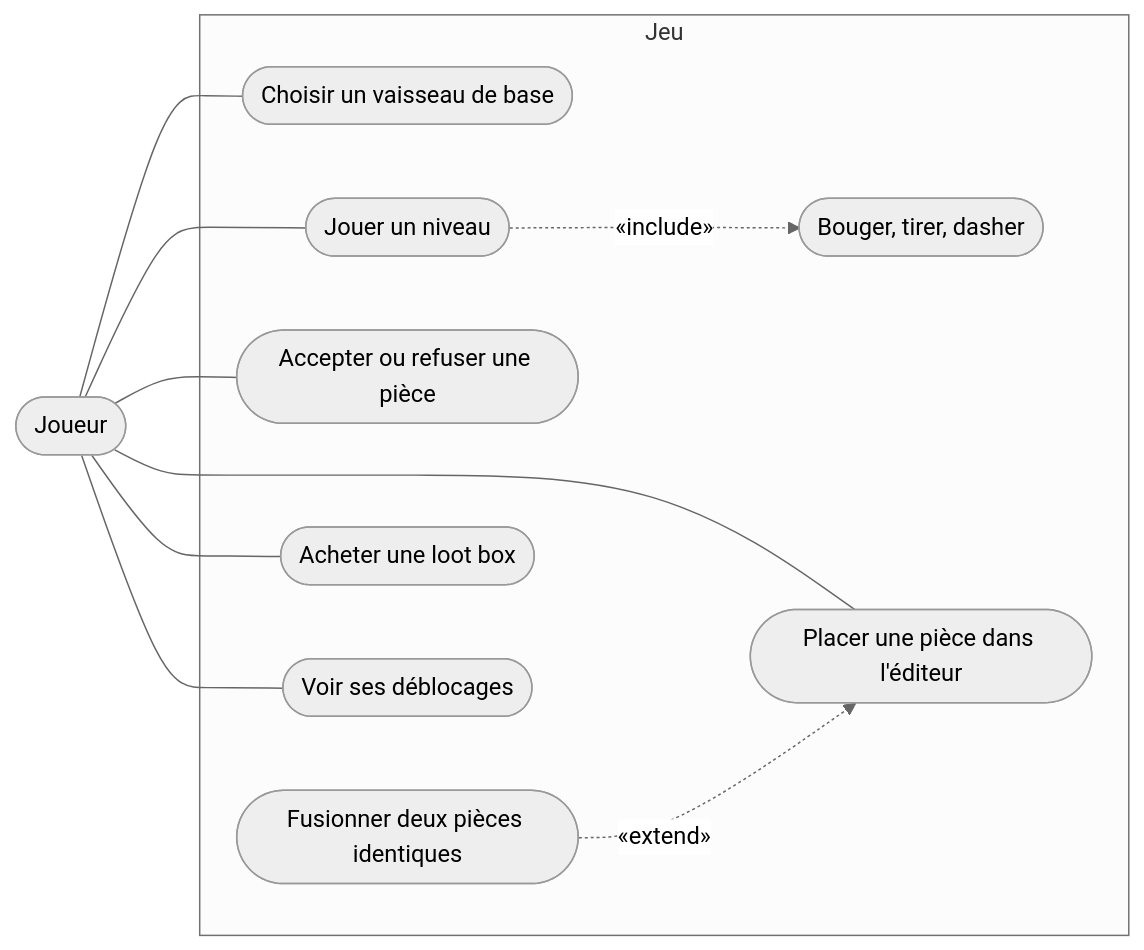
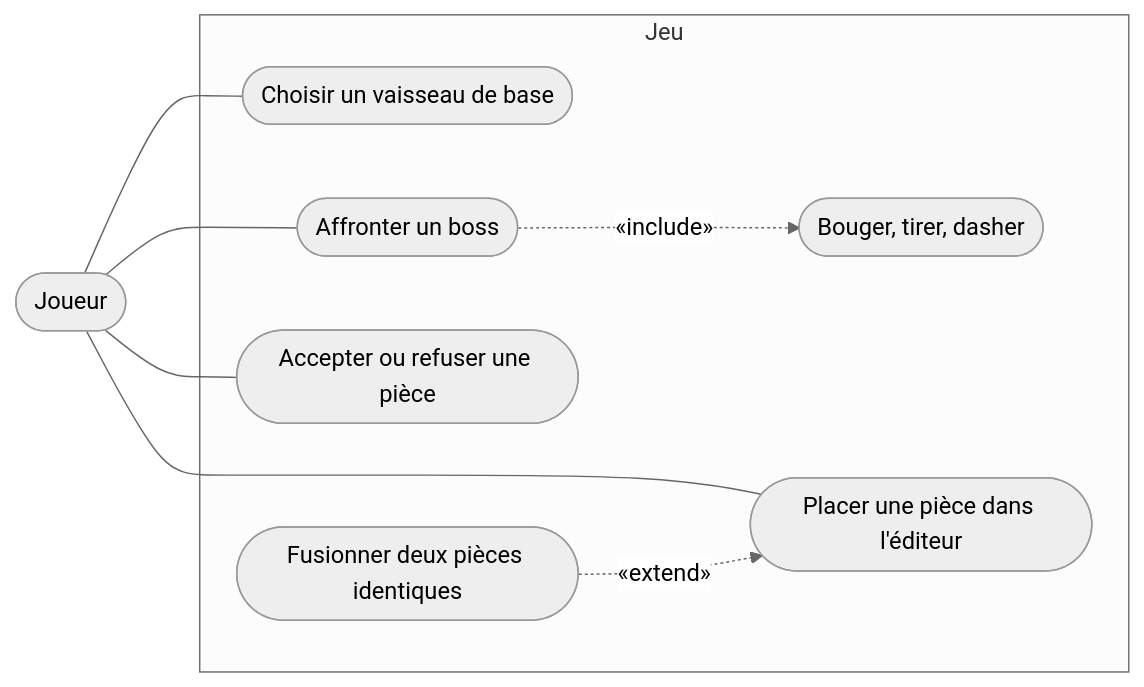
Before and after one commit to Bisiaux-dev/public-vault: the first of 11 diagrams in content/2D-Game/ideas/pierre/Bullet hell roguelike - UML.md, drawn with Mermaid (neutral theme). The commit also changed other lines of this file and 31 other files, not shown here.

````diff
--- a/content/2D-Game/ideas/pierre/Bullet hell roguelike - UML.md
+++ b/content/2D-Game/ideas/pierre/Bullet hell roguelike - UML.md
@@ -16,17 +19,15 @@
 ```mermaid
 flowchart LR
     J([Joueur])
     subgraph Jeu
         UC1([Choisir un vaisseau de base])
-        UC2([Jouer un niveau])
+        UC2([Affronter un boss])
         UC3([Bouger, tirer, dasher])
         UC4([Accepter ou refuser une pièce])
         UC5([Placer une pièce dans l'éditeur])
         UC6([Fusionner deux pièces identiques])
-        UC7([Acheter une loot box])
-        UC8([Voir ses déblocages])
     end
-    J --- UC1 & UC2 & UC4 & UC5 & UC7 & UC8
+    J --- UC1 & UC2 & UC4 & UC5
     UC2 -. «include» .-> UC3
     UC6 -. «extend» .-> UC5
 ```
````
